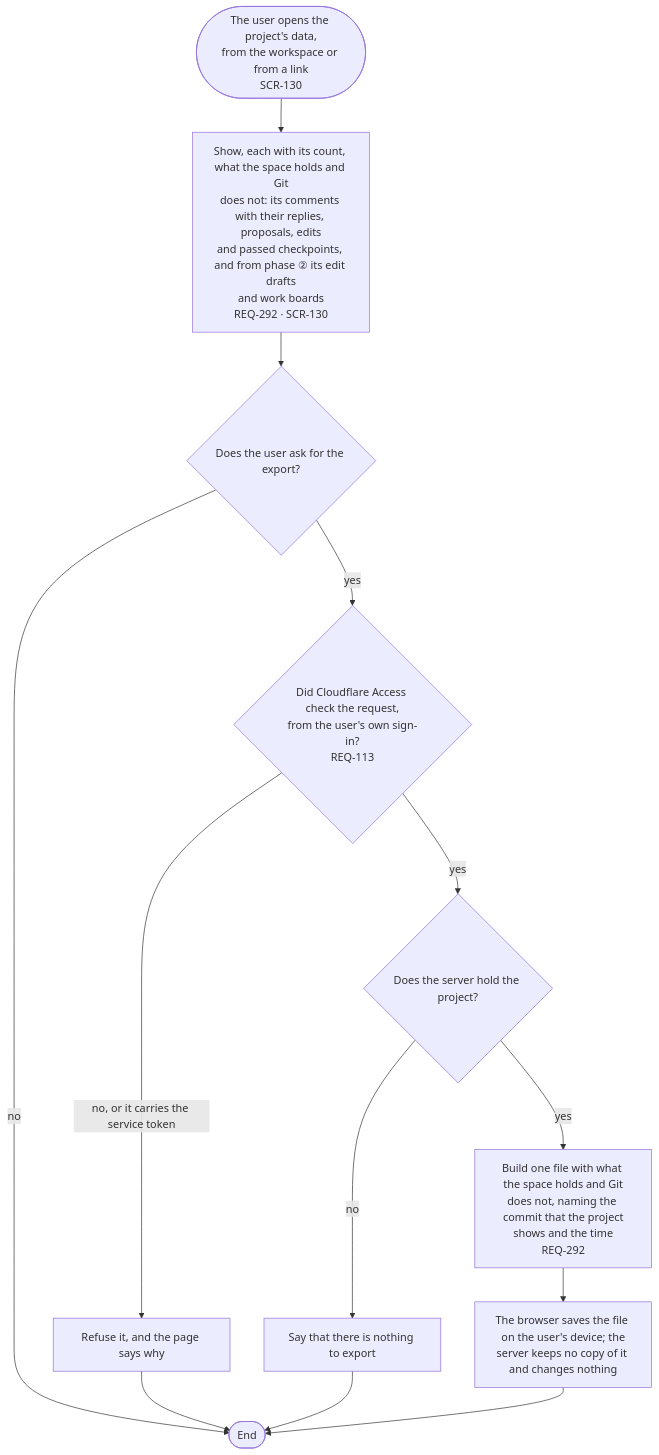
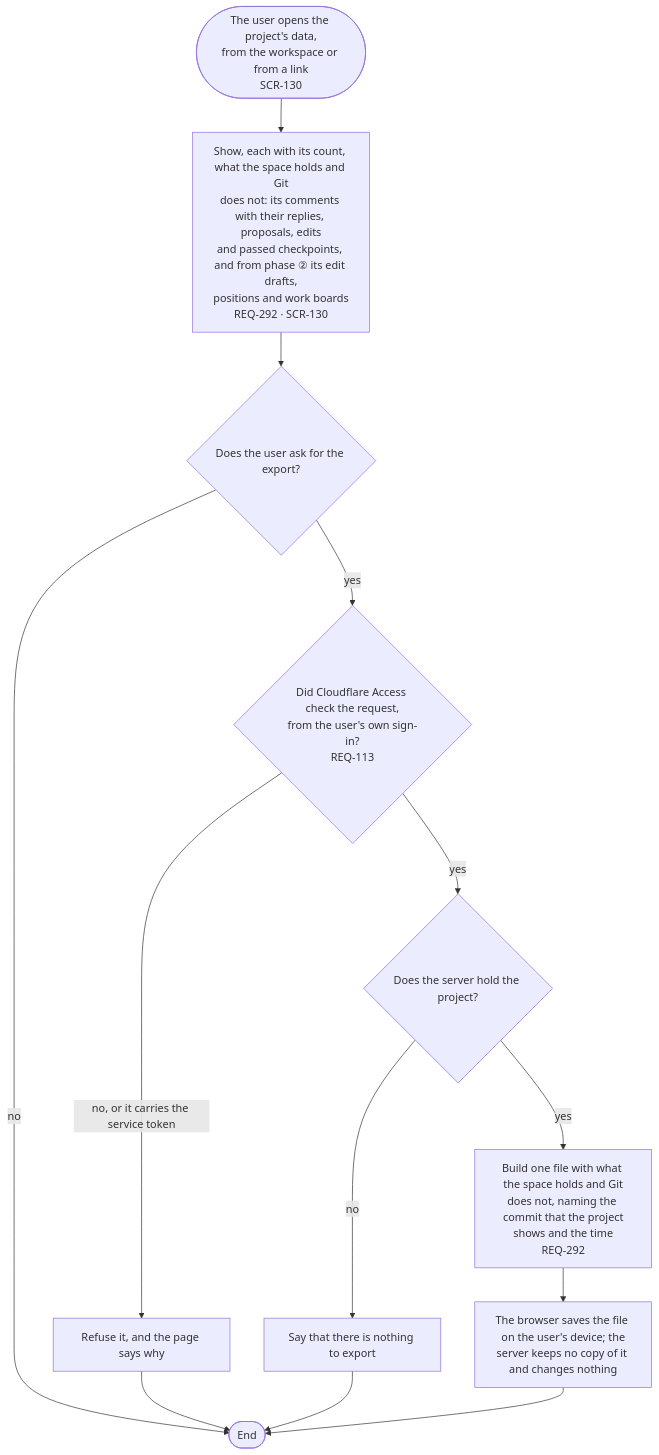
Before and after one commit to kodonghui/corthex-nexus: the diagram in docs/03-user-flow/nexus/FL-127-export-a-project-space.md, drawn with Mermaid. The commit also changed 11 other files, not shown here.

````diff
--- a/docs/03-user-flow/nexus/FL-127-export-a-project-space.md
+++ b/docs/03-user-flow/nexus/FL-127-export-a-project-space.md
@@ -9,15 +9,15 @@
 ```mermaid
 flowchart TD
-  A(["The user opens the project's data,<br/>from the workspace or from a link<br/>SCR-130"]) --> B["Show, each with its count, what the space holds and Git<br/>does not: its comments with their replies, proposals, edits<br/>and passed checkpoints, and from phase ② its edit drafts<br/>and work boards<br/>REQ-292 · SCR-130"]
+  A(["The user opens the project's data,<br/>from the workspace or from a link<br/>SCR-130"]) --> B["Show, each with its count, what the space holds and Git<br/>does not: its comments with their replies, proposals, edits<br/>and passed checkpoints, and from phase ② its edit drafts,<br/>positions and work boards<br/>REQ-292 · SCR-130"]
   B --> C{"Does the user ask for the export?"}
   C -->|no| Z(["End"])
   C -->|yes| D{"Did Cloudflare Access check the request,<br/>from the user's own sign-in?<br/>REQ-113"}
   D -->|no, or it carries the service token| D1["Refuse it, and the page says why"]
   D1 --> Z
   D -->|yes| E{"Does the server hold the project?"}
   E -->|no| E1["Say that there is nothing to export"]
   E1 --> Z
   E -->|yes| F["Build one file with what the space holds and Git<br/>does not, naming the commit that the project<br/>shows and the time<br/>REQ-292"]
   F --> G["The browser saves the file on the user's device; the<br/>server keeps no copy of it and changes nothing"]
   G --> Z
 ```
````
